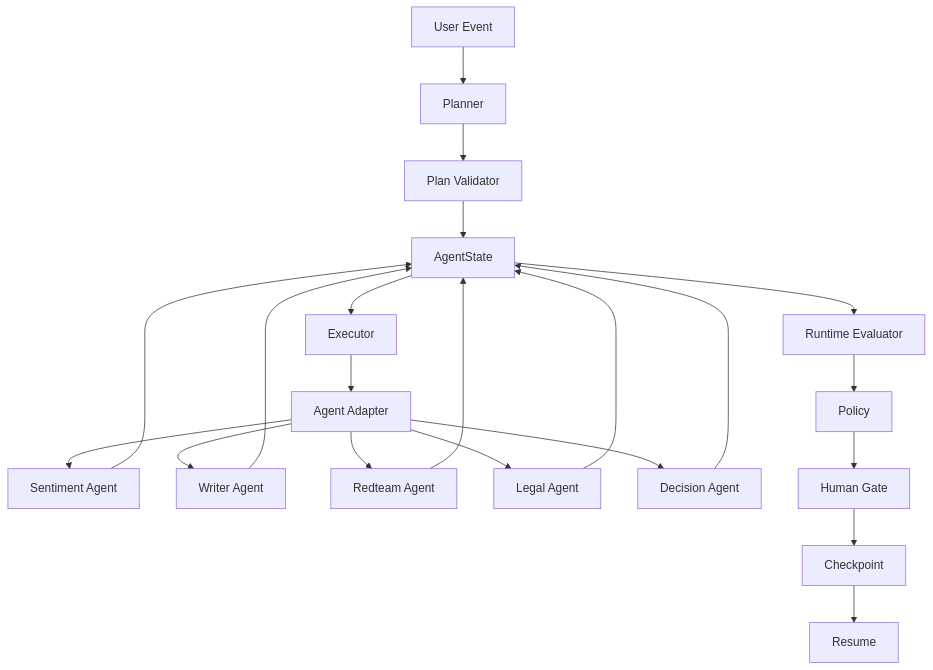
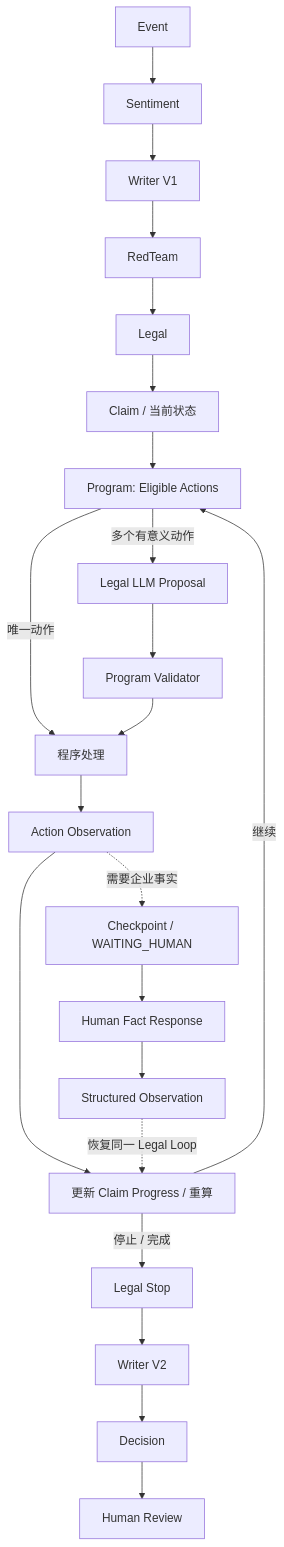
Before and after one commit to Zzzzzzzuj/CrisisAgent: the second of 6 diagrams in docs/architecture-diagram.md, drawn with Mermaid. The commit also changed other lines of this file and 7 other files, not shown here.

````diff
--- a/docs/architecture-diagram.md
+++ b/docs/architecture-diagram.md
@@ -25,23 +25,13 @@
 ```mermaid
 flowchart TD
-    A["User Event"] --> B["Planner"]
-    B --> C["Plan Validator"]
-    C --> D["AgentState"]
-    D --> E["Executor"]
-    E --> F["Agent Adapter"]
-    F --> G["Sentiment Agent"]
-    F --> H["Writer Agent"]
-    F --> I["Redteam Agent"]
-    F --> J["Legal Agent"]
-    F --> K["Decision Agent"]
-    G --> D
-    H --> D
-    I --> D
-    J --> D
-    K --> D
-    D --> L["Runtime Evaluator"]
-    L --> M["Policy"]
-    M --> N["Human Gate"]
-    N --> O["Checkpoint"]
-    O --> P["Resume"]
+    A["Event"] --> S["Sentiment"] --> W1["Writer V1"] --> R["RedTeam"] --> L["Legal"]
+    L --> C["Claim / 当前状态"] --> E["Program: Eligible Actions"]
+    E -->|唯一动作| X["程序处理"]
+    E -->|多个有意义动作| P["Legal LLM Proposal"] --> V["Program Validator"] --> X
+    X --> O["Action Observation"] --> U["更新 Claim Progress / 重算"]
+    U -->|继续| E
+    U -->|停止 / 完成| LS["Legal Stop"] --> W2["Writer V2"] --> D["Decision"] --> H["Human Review"]
+    O -. 需要企业事实 .-> WF["Checkpoint / WAITING_HUMAN"]
+    WF --> FR["Human Fact Response"] --> HO["Structured Observation"]
+    HO -. 恢复同一 Legal Loop .-> U
 ```
````
